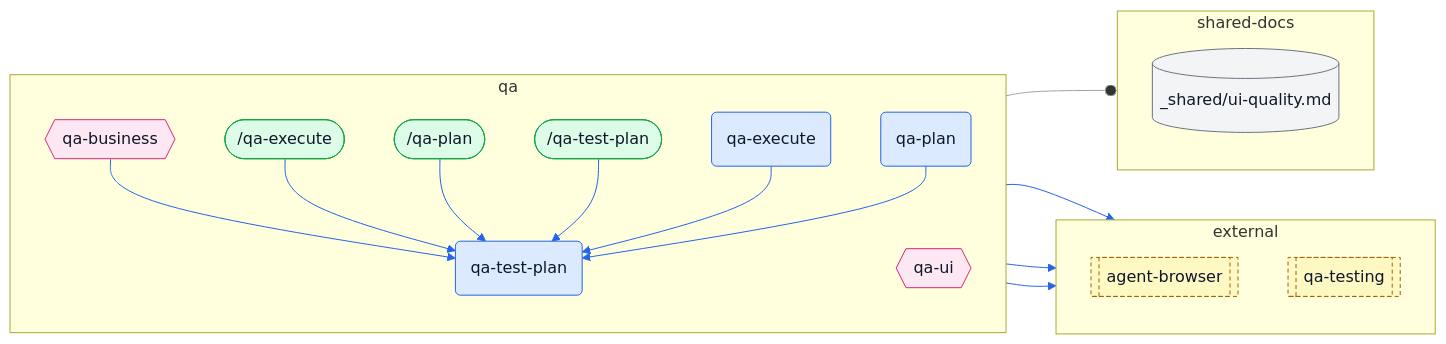
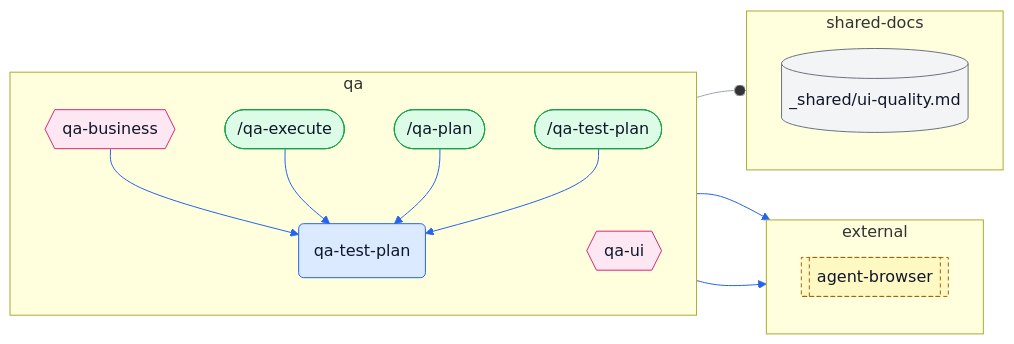
Before and after one commit to ybarsotti/dotfiles: the sixth of 10 diagrams in docs/skills-map.md, drawn with Mermaid. The commit also changed other lines of this file and 30 other files, not shown here.

````diff
--- a/docs/skills-map.md
+++ b/docs/skills-map.md
@@ -563,49 +531,40 @@
 ```mermaid
 flowchart LR
   subgraph cl_external["external"]
     direction TB
     x_agent_browser[["agent-browser"]]:::external
-    x_qa_testing[["qa-testing"]]:::external
   end
   subgraph cl_qa["qa"]
     direction TB
     c_qa_execute(["/qa-execute"]):::command
     c_qa_plan(["/qa-plan"]):::command
     c_qa_test_plan(["/qa-test-plan"]):::command
-    s_qa_execute("qa-execute"):::skill
-    s_qa_plan("qa-plan"):::skill
     s_qa_test_plan("qa-test-plan"):::skill
     a_qa_business{{"qa-business"}}:::agent
     a_qa_ui{{"qa-ui"}}:::agent
   end
   subgraph cl_shared_docs["shared-docs"]
     direction TB
     d_ui_quality[("_shared/ui-quality.md")]:::shared
   end
   a_qa_business --> s_qa_test_plan
   a_qa_business --> x_agent_browser
-  a_qa_business --> x_qa_testing
   a_qa_ui --o d_ui_quality
   a_qa_ui --> x_agent_browser
   c_qa_execute --> s_qa_test_plan
   c_qa_plan --> s_qa_test_plan
   c_qa_test_plan --> s_qa_test_plan
-  s_qa_execute --> s_qa_test_plan
-  s_qa_plan --> s_qa_test_plan
   linkStyle 0 stroke:#2563eb
   linkStyle 1 stroke:#2563eb
-  linkStyle 2 stroke:#2563eb
-  linkStyle 3 stroke:#9ca3af
+  linkStyle 2 stroke:#9ca3af
+  linkStyle 3 stroke:#2563eb
   linkStyle 4 stroke:#2563eb
   linkStyle 5 stroke:#2563eb
   linkStyle 6 stroke:#2563eb
-  linkStyle 7 stroke:#2563eb
-  linkStyle 8 stroke:#2563eb
-  linkStyle 9 stroke:#2563eb
   classDef skill fill:#dbeafe,stroke:#2563eb,color:#0f172a
   classDef command fill:#dcfce7,stroke:#16a34a,color:#0f172a
   classDef agent fill:#fce7f3,stroke:#db2777,color:#0f172a
   classDef shared fill:#f3f4f6,stroke:#6b7280,color:#0f172a
   classDef external fill:#fef9c3,stroke:#a16207,color:#0f172a,stroke-dasharray:4 3
   classDef step fill:#ffffff,stroke:#6b7280,color:#0f172a,stroke-dasharray:2 2
 ```
````
